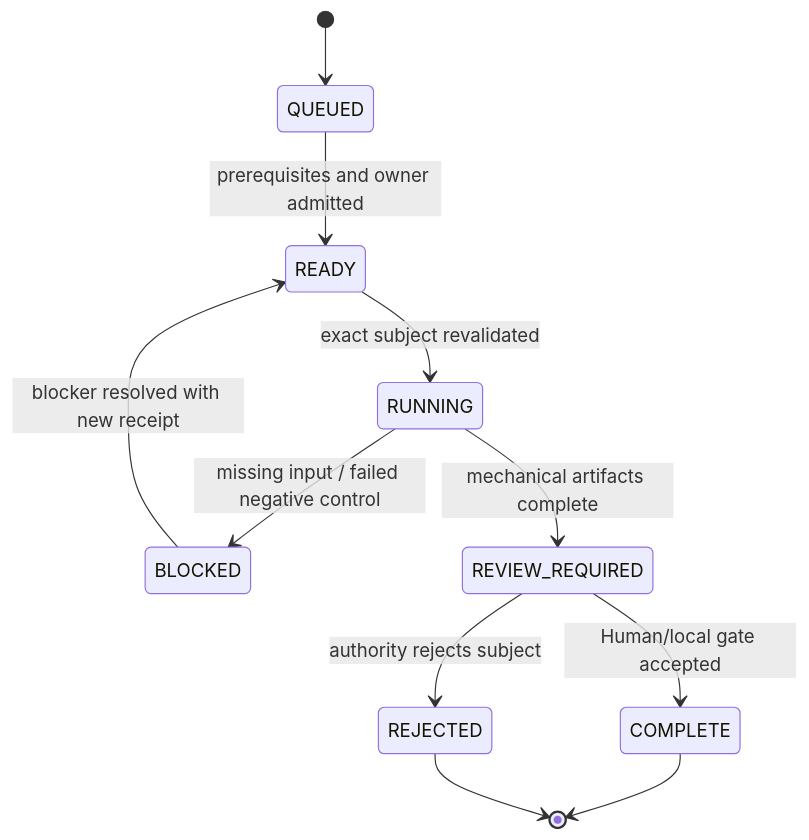
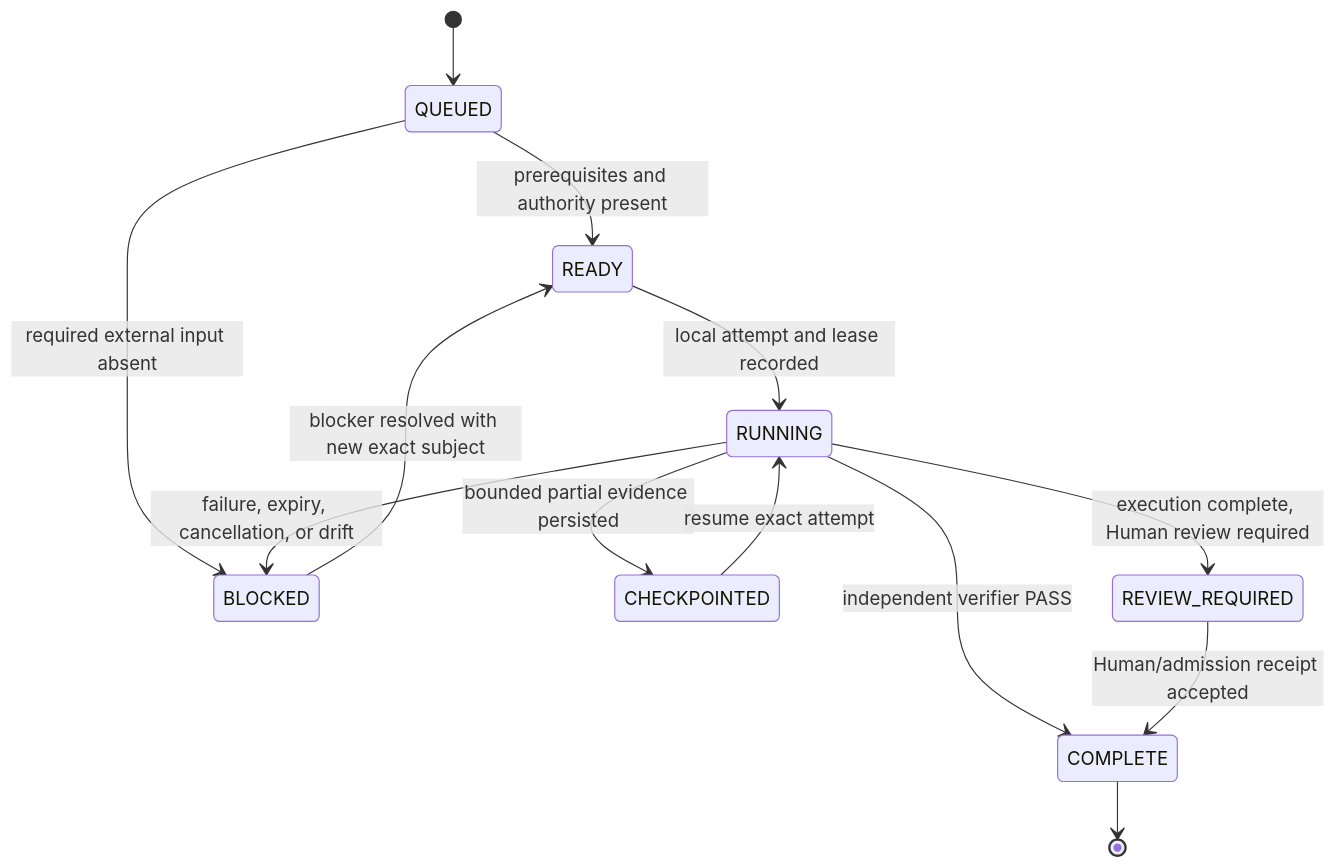
The diagram in docs/architecture/LOCAL_HANDOFF_EXECUTION_QUEUE.md (ed3c/website-design-compiler), drawn with Mermaid before and after one commit. The commit also changed other lines of this file, not shown here.

Commit message:
docs(architecture): refresh Local Handoff Execution Queue

````diff
--- a/docs/architecture/LOCAL_HANDOFF_EXECUTION_QUEUE.md
+++ b/docs/architecture/LOCAL_HANDOFF_EXECUTION_QUEUE.md
@@ -27,13 +28,15 @@
 ```mermaid
 stateDiagram-v2
     [*] --> QUEUED
-    QUEUED --> READY: prerequisites and owner admitted
-    READY --> RUNNING: exact subject revalidated
-    RUNNING --> BLOCKED: missing input / failed negative control
-    BLOCKED --> READY: blocker resolved with new receipt
-    RUNNING --> REVIEW_REQUIRED: mechanical artifacts complete
-    REVIEW_REQUIRED --> COMPLETE: Human/local gate accepted
-    REVIEW_REQUIRED --> REJECTED: authority rejects subject
+    QUEUED --> READY: prerequisites and authority present
+    QUEUED --> BLOCKED: required external input absent
+    READY --> RUNNING: local attempt and lease recorded
+    RUNNING --> CHECKPOINTED: bounded partial evidence persisted
+    CHECKPOINTED --> RUNNING: resume exact attempt
+    RUNNING --> REVIEW_REQUIRED: execution complete, Human review required
+    RUNNING --> COMPLETE: independent verifier PASS
+    REVIEW_REQUIRED --> COMPLETE: Human/admission receipt accepted
+    RUNNING --> BLOCKED: failure, expiry, cancellation, or drift
+    BLOCKED --> READY: blocker resolved with new exact subject
     COMPLETE --> [*]
-    REJECTED --> [*]
 ```
````
